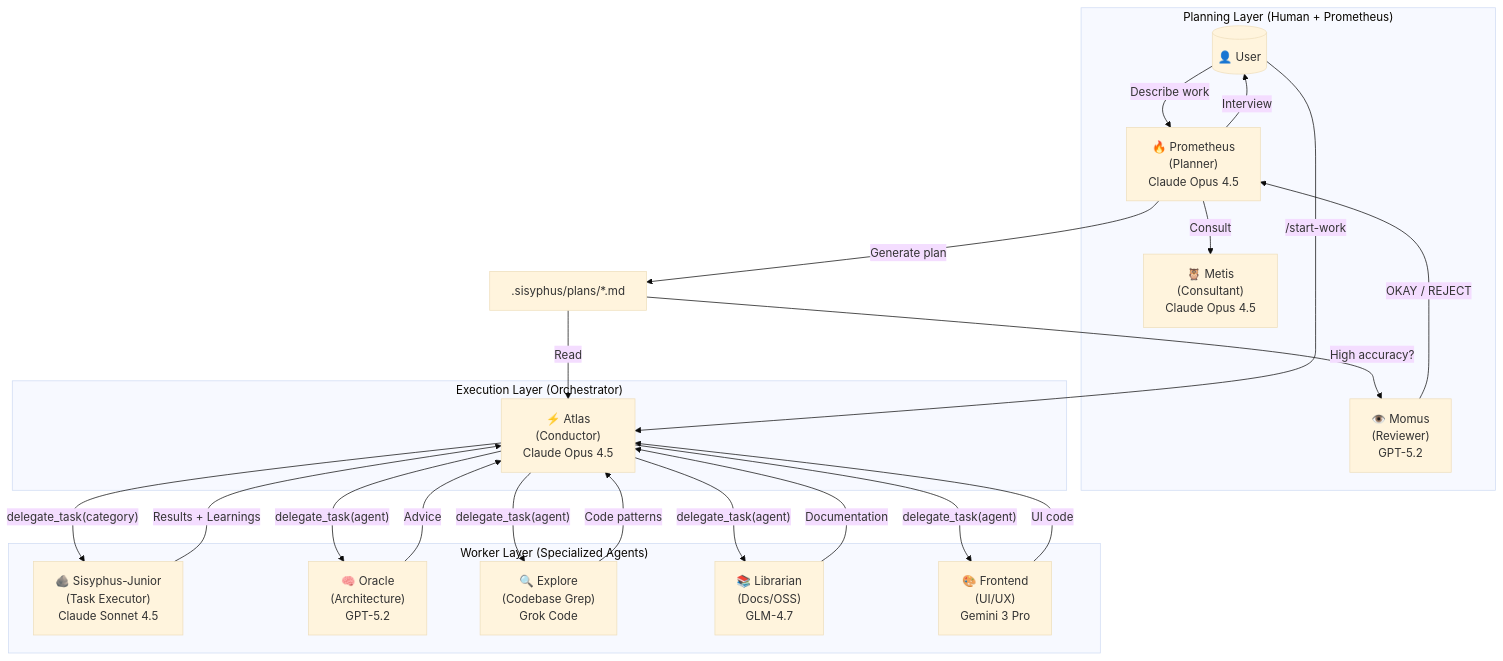
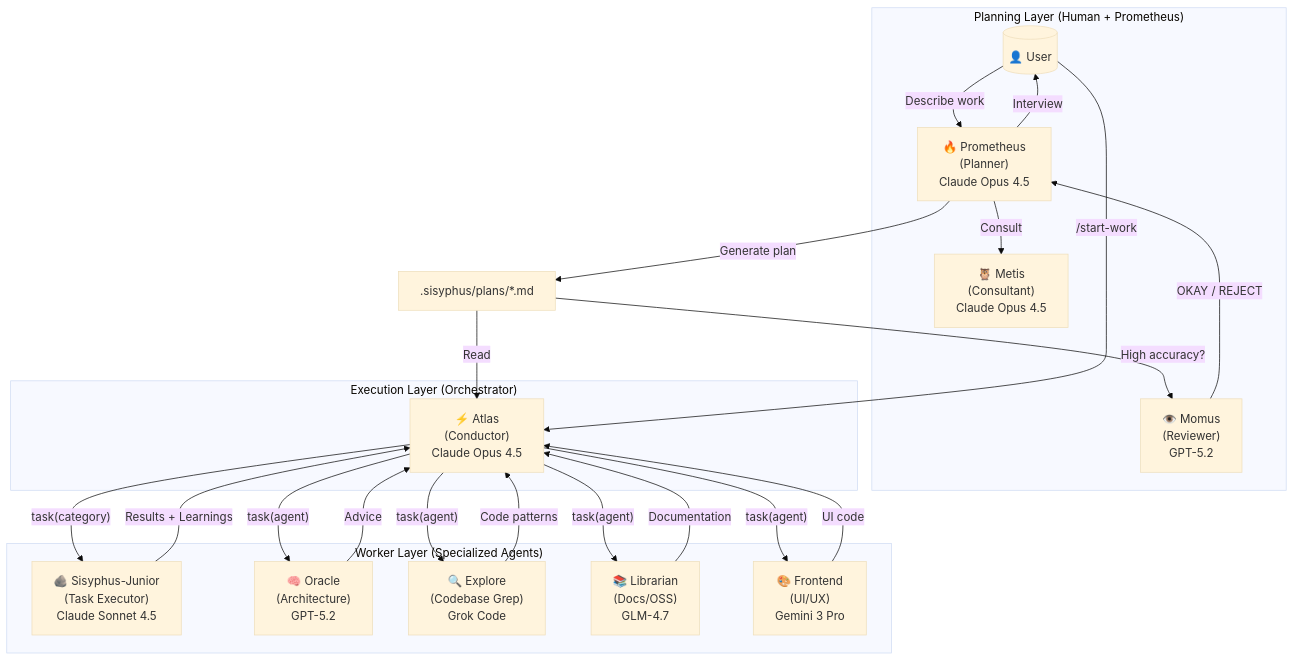
Before and after one commit to code-yeongyu/oh-my-openagent: the first of 4 diagrams in docs/guide/understanding-orchestration-system.md, drawn with Mermaid (base theme). The commit also changed other lines of this file and 77 other files, not shown here.

First line of the commit message:
refactor: migrate delegate_task to task tool with metadata fixes

````diff
--- a/docs/guide/understanding-orchestration-system.md
+++ b/docs/guide/understanding-orchestration-system.md
@@ -22,43 +22,43 @@
 ```mermaid
 flowchart TB
     subgraph Planning["Planning Layer (Human + Prometheus)"]
         User[("👤 User")]
         Prometheus["🔥 Prometheus<br/>(Planner)<br/>Claude Opus 4.5"]
         Metis["🦉 Metis<br/>(Consultant)<br/>Claude Opus 4.5"]
         Momus["👁️ Momus<br/>(Reviewer)<br/>GPT-5.2"]
     end
     
     subgraph Execution["Execution Layer (Orchestrator)"]
         Orchestrator["⚡ Atlas<br/>(Conductor)<br/>Claude Opus 4.5"]
     end
     
     subgraph Workers["Worker Layer (Specialized Agents)"]
         Junior["🪨 Sisyphus-Junior<br/>(Task Executor)<br/>Claude Sonnet 4.5"]
         Oracle["🧠 Oracle<br/>(Architecture)<br/>GPT-5.2"]
         Explore["🔍 Explore<br/>(Codebase Grep)<br/>Grok Code"]
         Librarian["📚 Librarian<br/>(Docs/OSS)<br/>GLM-4.7"]
         Frontend["🎨 Frontend<br/>(UI/UX)<br/>Gemini 3 Pro"]
     end
     
     User -->|"Describe work"| Prometheus
     Prometheus -->|"Consult"| Metis
     Prometheus -->|"Interview"| User
     Prometheus -->|"Generate plan"| Plan[".sisyphus/plans/*.md"]
     Plan -->|"High accuracy?"| Momus
     Momus -->|"OKAY / REJECT"| Prometheus
     
     User -->|"/start-work"| Orchestrator
     Plan -->|"Read"| Orchestrator
     
-    Orchestrator -->|"delegate_task(category)"| Junior
-    Orchestrator -->|"delegate_task(agent)"| Oracle
-    Orchestrator -->|"delegate_task(agent)"| Explore
-    Orchestrator -->|"delegate_task(agent)"| Librarian
-    Orchestrator -->|"delegate_task(agent)"| Frontend
+    Orchestrator -->|"task(category)"| Junior
+    Orchestrator -->|"task(agent)"| Oracle
+    Orchestrator -->|"task(agent)"| Explore
+    Orchestrator -->|"task(agent)"| Librarian
+    Orchestrator -->|"task(agent)"| Frontend
     
     Junior -->|"Results + Learnings"| Orchestrator
     Oracle -->|"Advice"| Orchestrator
     Explore -->|"Code patterns"| Orchestrator
     Librarian -->|"Documentation"| Orchestrator
     Frontend -->|"UI code"| Orchestrator
 ```
````
